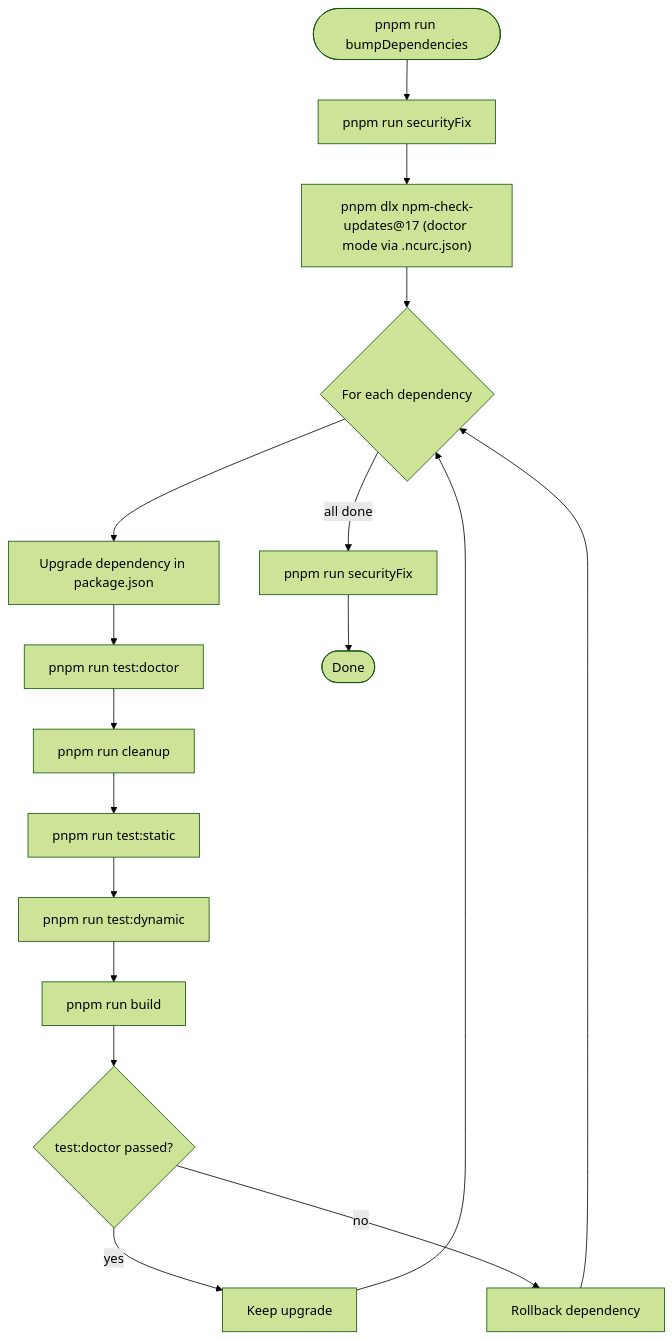
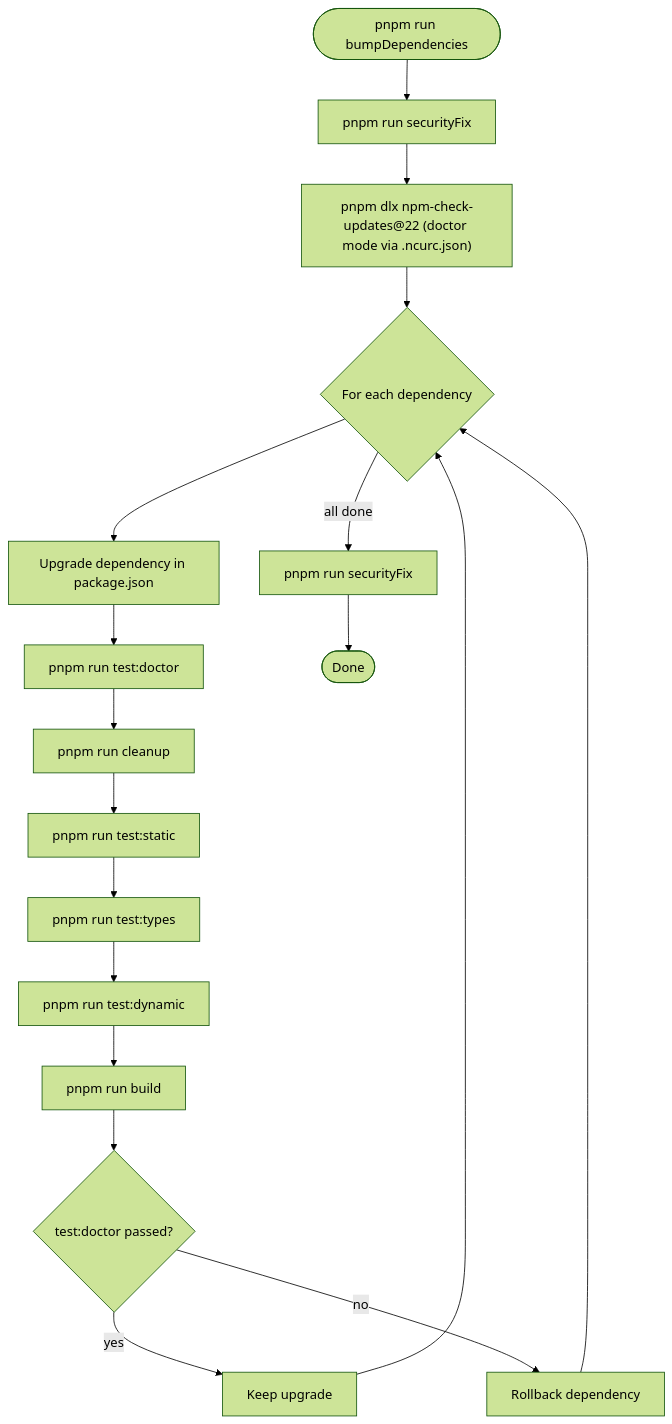
One commit to virgenherrera/nest-base changed the third of 3 diagrams in docs/quality-gates.md. Above: the diagram before and after it, drawn with Mermaid (forest theme). The commit also changed other lines of this file and 10 other files, not shown here.

````diff
--- a/docs/quality-gates.md
+++ b/docs/quality-gates.md
@@ -150,23 +164,24 @@
 ```mermaid
 flowchart TD
     A([pnpm run bumpDependencies]) --> B[pnpm run securityFix]
-    B --> C["pnpm dlx npm-check-updates@17 (doctor mode via .ncurc.json)"]
+    B --> C["pnpm dlx npm-check-updates@22 (doctor mode via .ncurc.json)"]
 
     C --> D{For each dependency}
     D --> E[Upgrade dependency in package.json]
     E --> F[pnpm run test:doctor]
 
     F --> G[pnpm run cleanup]
     G --> H[pnpm run test:static]
-    H --> K[pnpm run test:dynamic]
+    H --> I[pnpm run test:types]
+    I --> K[pnpm run test:dynamic]
     K --> L[pnpm run build]
 
     L --> M{test:doctor passed?}
     M -- yes --> N[Keep upgrade]
     M -- no --> O[Rollback dependency]
     N --> D
     O --> D
 
     D -- all done --> P[pnpm run securityFix]
     P --> Q([Done])
 ```
````
